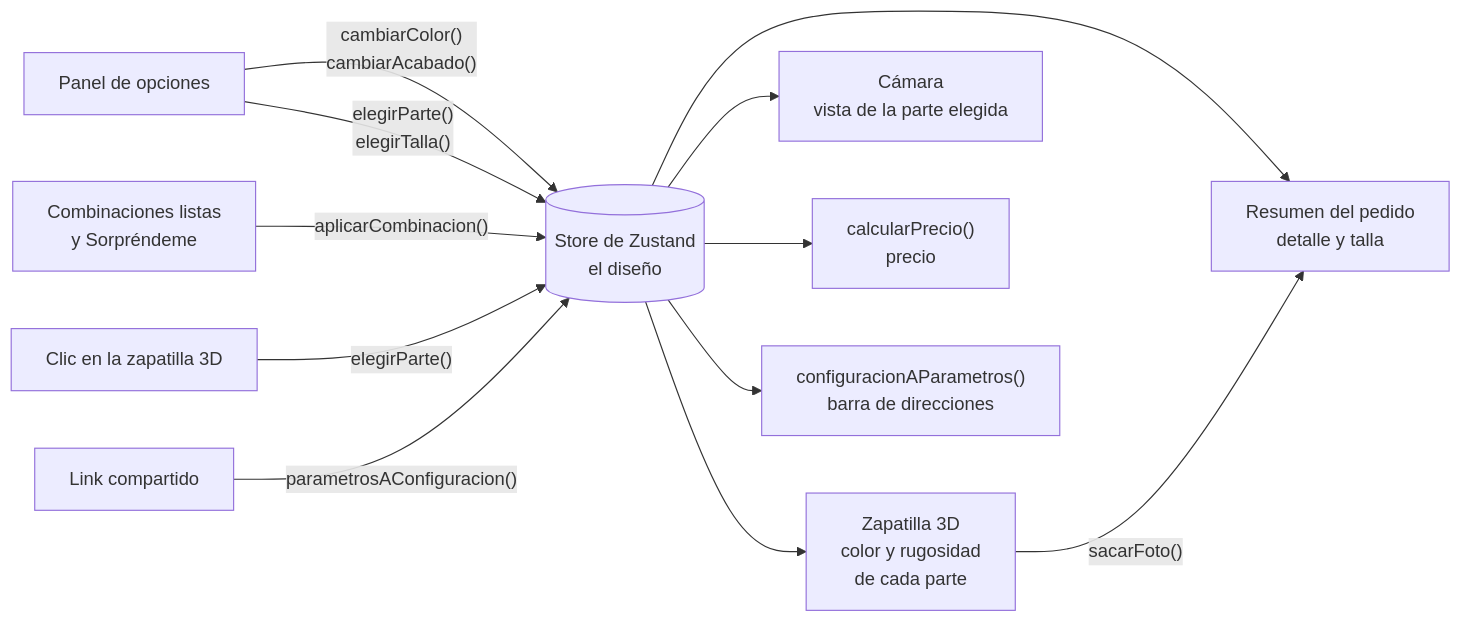
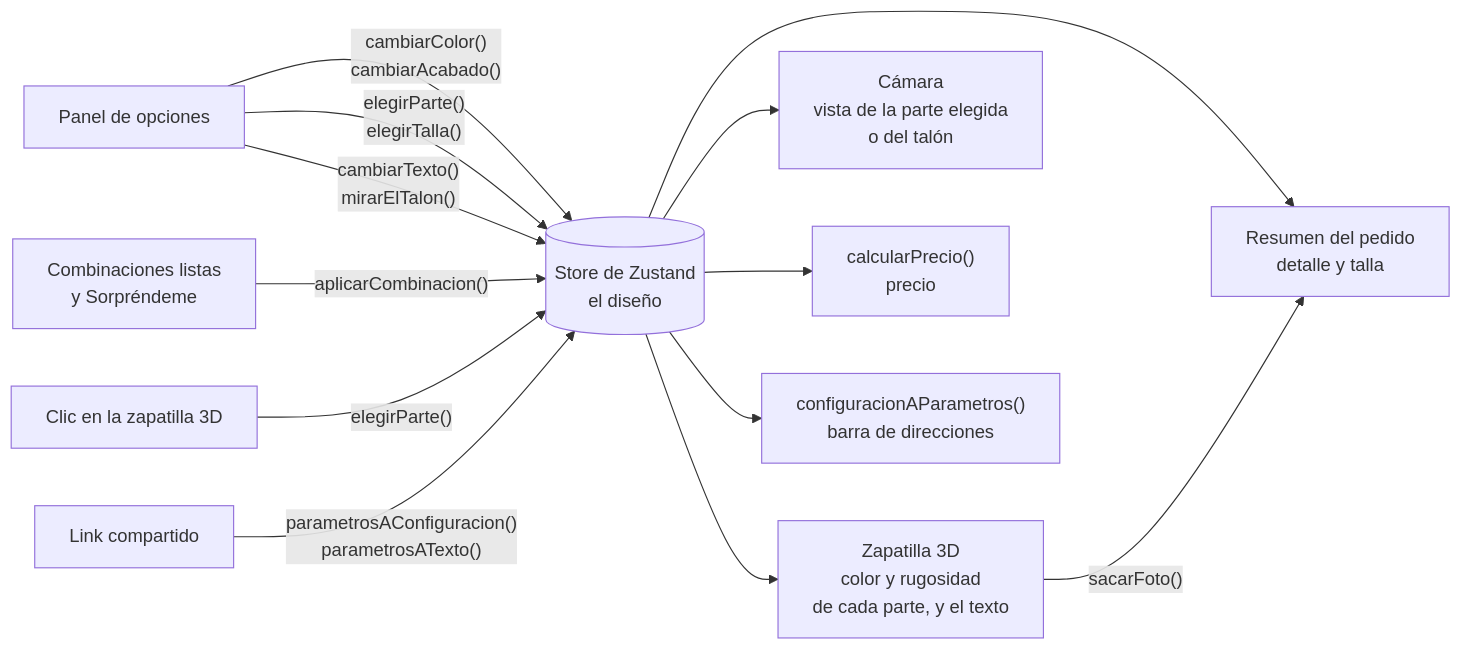
Before and after one commit to Vitomans/configurador-3d: the diagram in README.md, drawn with Mermaid. The commit also changed other lines of this file, not shown here.

Commit message:
docs: explica en el README el texto del talón

````diff
--- a/README.md
+++ b/README.md
@@ -45,14 +46,15 @@
 ```mermaid
 flowchart LR
     panel["Panel de opciones"] -->|"cambiarColor()<br/>cambiarAcabado()"| store[("Store de Zustand<br/>el diseño")]
     panel -->|"elegirParte()<br/>elegirTalla()"| store
+    panel -->|"cambiarTexto()<br/>mirarElTalon()"| store
     combinaciones["Combinaciones listas<br/>y Sorpréndeme"] -->|"aplicarCombinacion()"| store
     zapatilla["Clic en la zapatilla 3D"] -->|"elegirParte()"| store
-    store --> producto["Zapatilla 3D<br/>color y rugosidad<br/>de cada parte"]
-    store --> camara["Cámara<br/>vista de la parte elegida"]
+    store --> producto["Zapatilla 3D<br/>color y rugosidad<br/>de cada parte, y el texto"]
+    store --> camara["Cámara<br/>vista de la parte elegida<br/>o del talón"]
     store --> precio["calcularPrecio()<br/>precio"]
     store --> url["configuracionAParametros()<br/>barra de direcciones"]
-    link["Link compartido"] -->|"parametrosAConfiguracion()"| store
+    link["Link compartido"] -->|"parametrosAConfiguracion()<br/>parametrosATexto()"| store
     store --> pedido["Resumen del pedido<br/>detalle y talla"]
     producto -->|"sacarFoto()"| pedido
 ```
````
